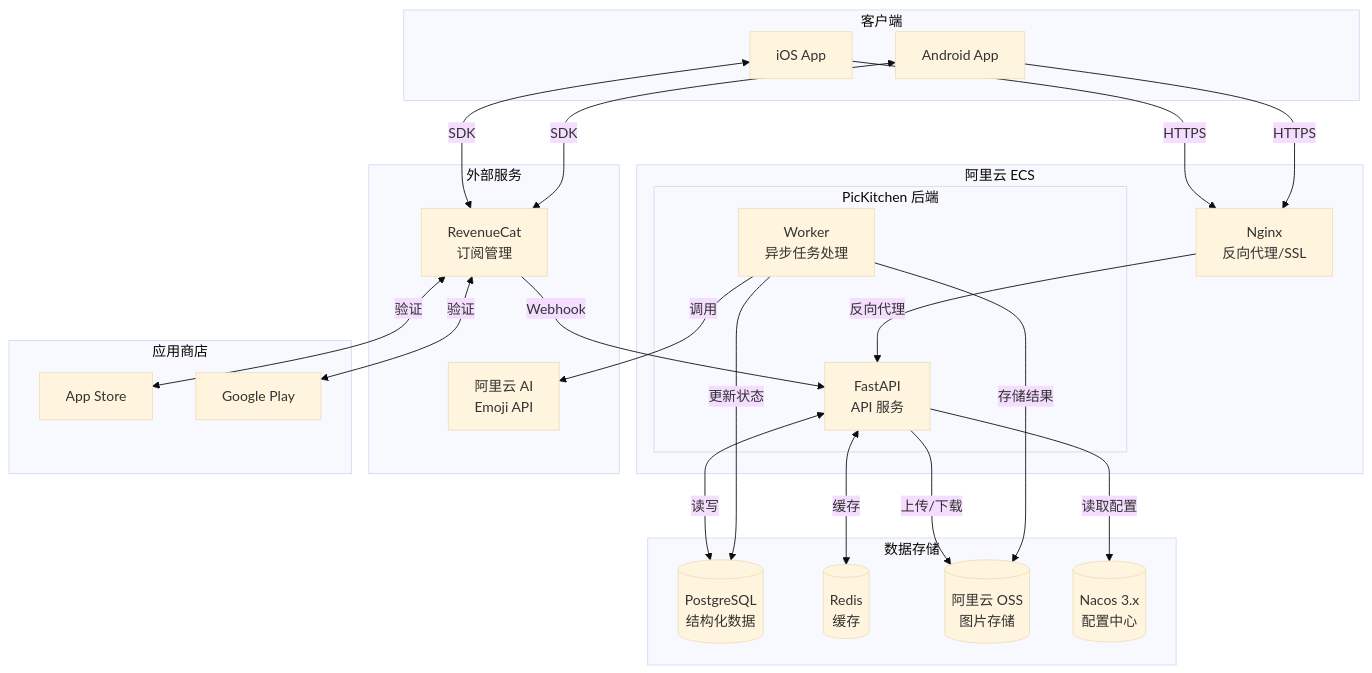
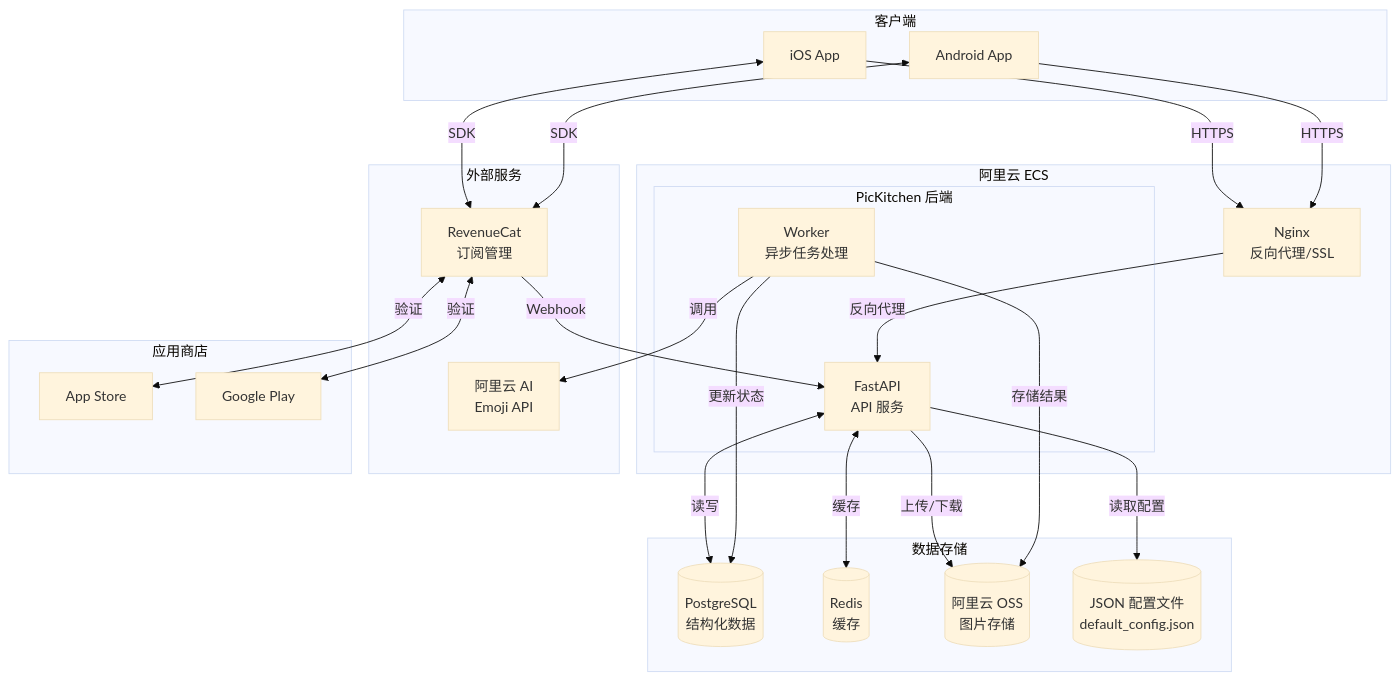
Before and after one commit to zero2one-creator/AI-PIC: the first of 9 diagrams in docs/prd/PicKitchen 后端技术方案 2ecdd400f703805d8727deaa1ba71a28.md, drawn with Mermaid (base theme). The commit also changed other lines of this file and 5 other files, not shown here.

````diff
--- a/docs/prd/PicKitchen 后端技术方案 2ecdd400f703805d8727deaa1ba71a28.md
+++ b/docs/prd/PicKitchen 后端技术方案 2ecdd400f703805d8727deaa1ba71a28.md
@@ -52,47 +52,47 @@
 ```mermaid
 flowchart TB
     subgraph Client["客户端"]
         iOS["iOS App"]
         Android["Android App"]
     end
 
     subgraph Cloud["阿里云 ECS"]
         Nginx["Nginx<br>反向代理/SSL"]
         
         subgraph Backend["PicKitchen 后端"]
             API["FastAPI<br>API 服务"]
             Worker["Worker<br>异步任务处理"]
         end
     end
 
     subgraph Storage["数据存储"]
         PG[("PostgreSQL<br>结构化数据")]
         Redis[("Redis<br>缓存")]
         OSS[("阿里云 OSS<br>图片存储")]
-        Nacos[("Nacos 3.x<br>配置中心")]
+        Config[("JSON 配置文件<br>default_config.json")]
     end
 
     subgraph External["外部服务"]
         AI["阿里云 AI<br>Emoji API"]
         RC["RevenueCat<br>订阅管理"]
     end
 
     subgraph AppStore["应用商店"]
         Apple["App Store"]
         Google["Google Play"]
     end
 
     iOS & Android -->|HTTPS| Nginx
     Nginx -->|反向代理| API
     API <-->|读写| PG
     API <-->|缓存| Redis
     API -->|上传/下载| OSS
-    API -->|读取配置| Nacos
+    API -->|读取配置| Config
     Worker -->|调用| AI
     Worker -->|存储结果| OSS
     Worker -->|更新状态| PG
     
     iOS & Android <-->|SDK| RC
     RC -->|Webhook| API
     RC <-->|验证| Apple & Google
 ```
````
